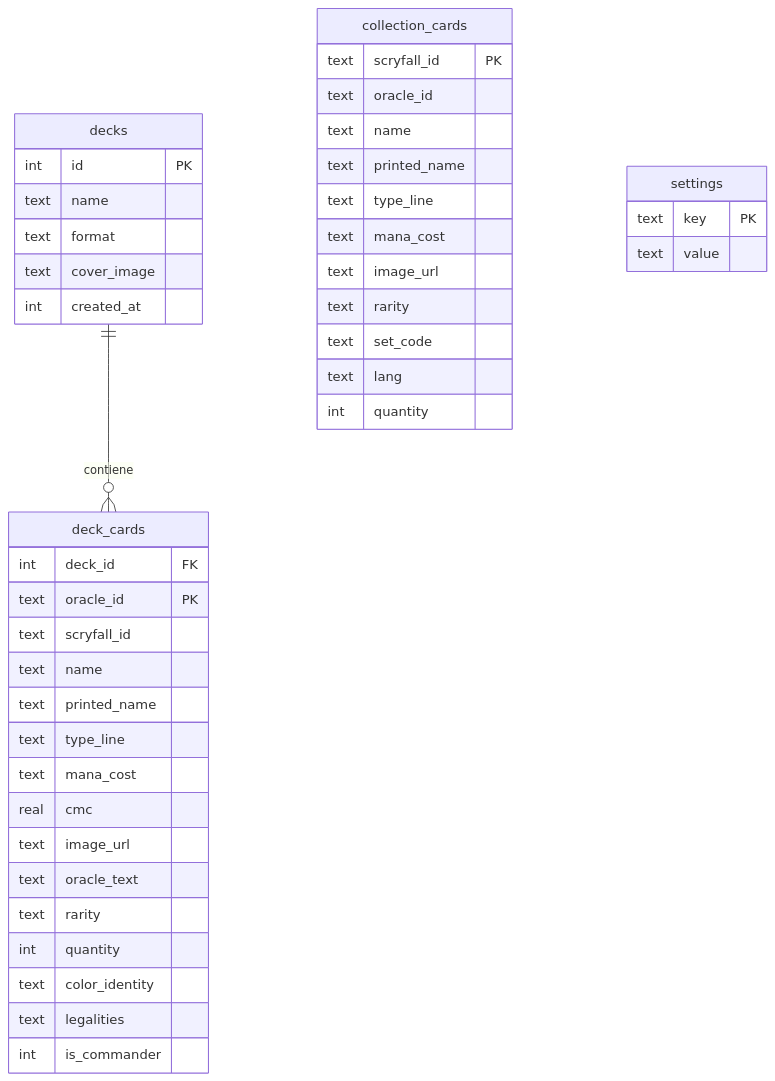
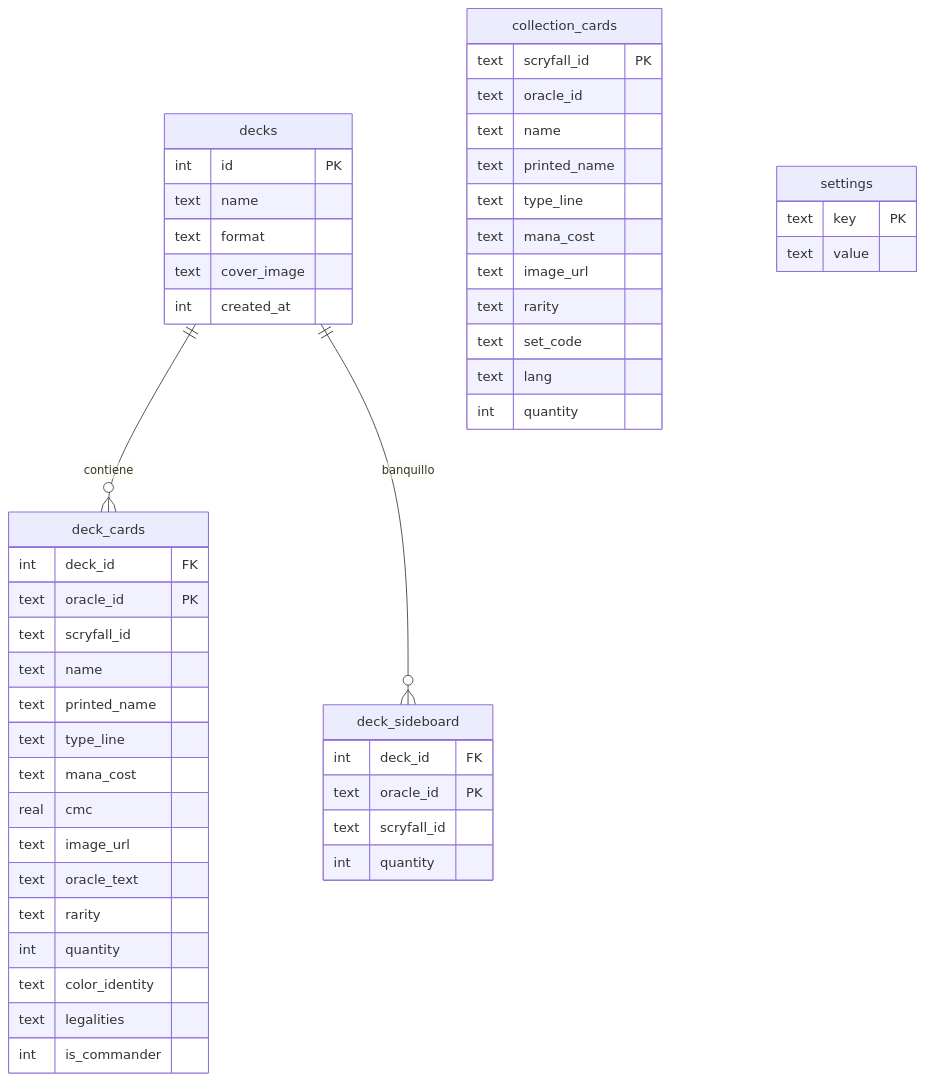
Before and after one commit to cosmona/magicandroid: the third of 5 diagrams in docs/ARQUITECTURA.md, drawn with Mermaid. The commit also changed other lines of this file and 27 other files, not shown here.

````diff
--- a/docs/ARQUITECTURA.md
+++ b/docs/ARQUITECTURA.md
@@ -179,45 +179,52 @@
 ```mermaid
 erDiagram
   decks ||--o{ deck_cards : contiene
+  decks ||--o{ deck_sideboard : banquillo
   decks {
     int id PK
     text name
     text format
     text cover_image
     int created_at
   }
   deck_cards {
     int deck_id FK
     text oracle_id PK
     text scryfall_id
     text name
     text printed_name
     text type_line
     text mana_cost
     real cmc
     text image_url
     text oracle_text
     text rarity
     int quantity
     text color_identity
     text legalities
     int is_commander
   }
+  deck_sideboard {
+    int deck_id FK
+    text oracle_id PK
+    text scryfall_id
+    int quantity
+  }
   collection_cards {
     text scryfall_id PK
     text oracle_id
     text name
     text printed_name
     text type_line
     text mana_cost
     text image_url
     text rarity
     text set_code
     text lang
     int quantity
   }
   settings {
     text key PK
     text value
   }
 ```
````
